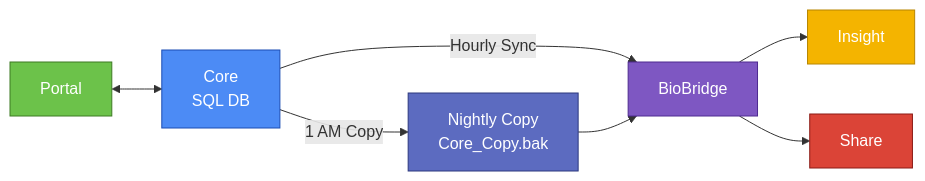
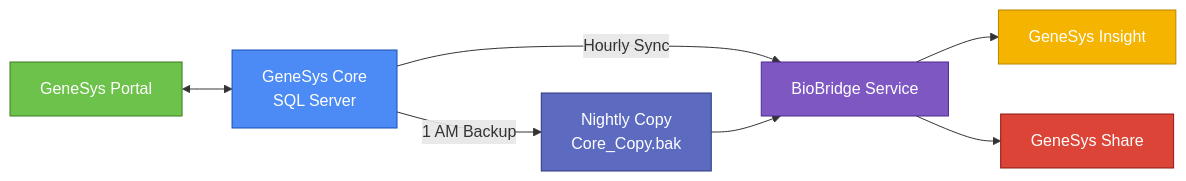
One commit to HashimZaffar/the-Practical-Test changed the first of 2 diagrams in README.md. Above: the diagram before and after it, drawn with Mermaid. The commit also changed other lines of this file, not shown here.

````diff
--- a/README.md
+++ b/README.md
@@ -115,20 +104,21 @@
 ```mermaid
 flowchart LR
+    %% Styling
     classDef core fill:#4c8bf5,stroke:#1b4db3,color:white
     classDef portal fill:#6cc24a,stroke:#3d7b23,color:white
     classDef insight fill:#f4b400,stroke:#b88600,color:white
     classDef share fill:#db4437,stroke:#8b1a15,color:white
     classDef bridge fill:#7e57c2,stroke:#4e2a90,color:white
     classDef copy fill:#5c6bc0,stroke:#2c387e,color:white
 
-    Portal[Portal]:::portal
-    Core[Core<br/>SQL DB]:::core
-    Insight[Insight]:::insight
-    Share[Share]:::share
+    Portal[GeneSys Portal]:::portal
+    Core[GeneSys Core<br/>SQL Server]:::core
+    Insight[GeneSys Insight]:::insight
+    Share[GeneSys Share]:::share
     CopyTask[Nightly Copy<br/>Core_Copy.bak]:::copy
-    Bridge[BioBridge]:::bridge
+    Bridge[BioBridge Service]:::bridge
 
     Portal <--> Core
     Core -->|Hourly Sync| Bridge --> Insight
-    Core -->|1 AM Copy| CopyTask --> Bridge --> Share
+    Core -->|1 AM Backup| CopyTask --> Bridge --> Share
 ```
````
